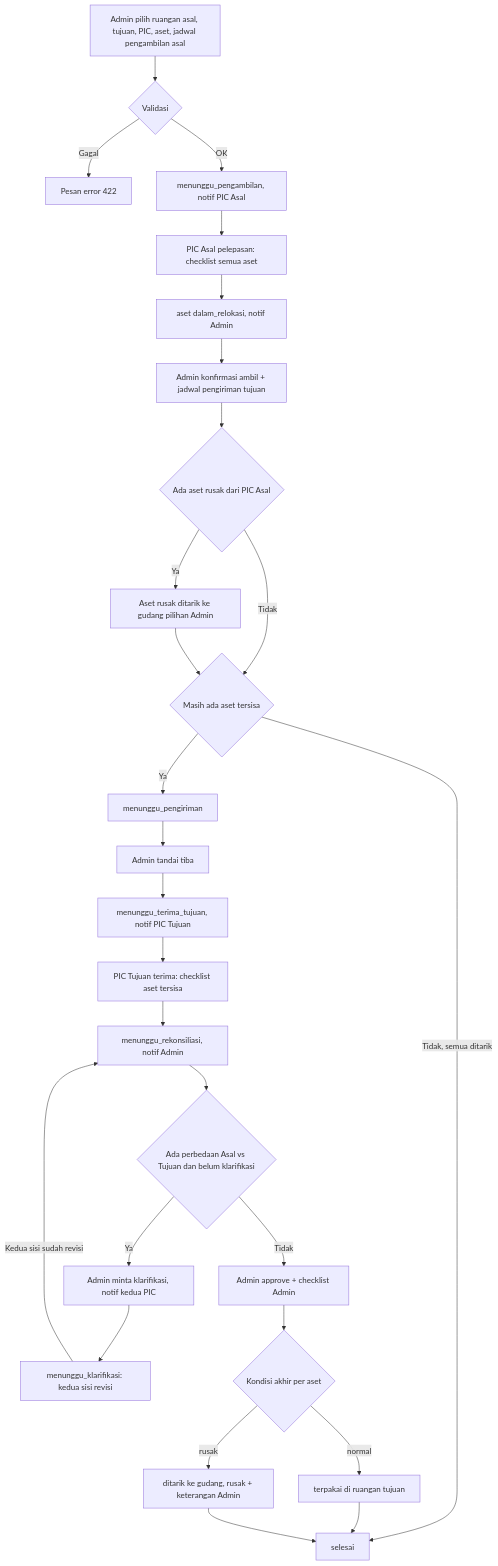
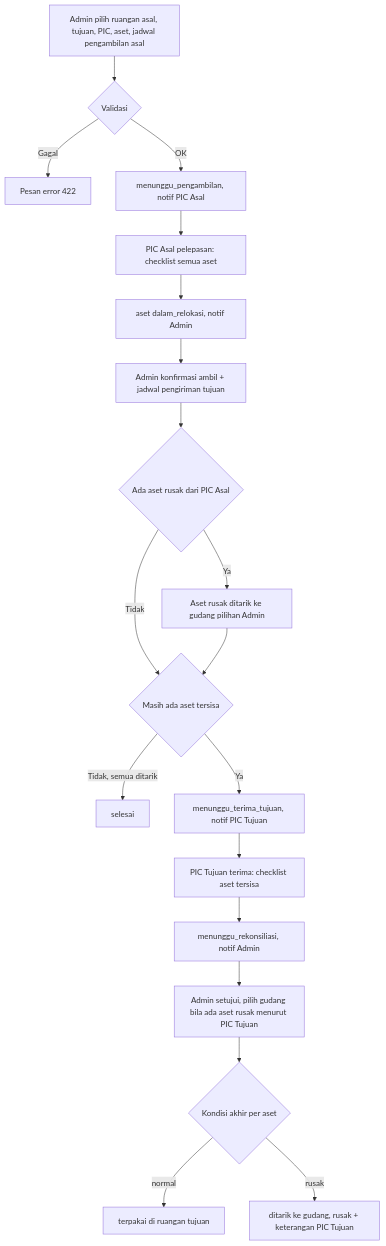
One commit to setiyawan12/DOKUMENTASI-ASSET changed the first of 4 diagrams in dokumentasi-asset-relokasi-ruangan.md. Above: the diagram before and after it, drawn with Mermaid. The commit also changed other lines of this file and 2 other files, not shown here.

````diff
--- a/dokumentasi-asset-relokasi-ruangan.md
+++ b/dokumentasi-asset-relokasi-ruangan.md
@@ -315,29 +293,21 @@
 ```mermaid
 flowchart TD
     A[Admin pilih ruangan asal, tujuan, PIC, aset, jadwal pengambilan asal] --> B{Validasi}
     B -->|Gagal| X[Pesan error 422]
     B -->|OK| C[menunggu_pengambilan, notif PIC Asal]
     C --> D[PIC Asal pelepasan: checklist semua aset]
     D --> E[aset dalam_relokasi, notif Admin]
     E --> F[Admin konfirmasi ambil + jadwal pengiriman tujuan]
     F --> G{Ada aset rusak dari PIC Asal}
     G -->|Ya| H[Aset rusak ditarik ke gudang pilihan Admin]
     G -->|Tidak| I{Masih ada aset tersisa}
     H --> I
     I -->|Tidak, semua ditarik| Z[selesai]
-    I -->|Ya| J[menunggu_pengiriman]
-    J --> K[Admin tandai tiba]
-    K --> L[menunggu_terima_tujuan, notif PIC Tujuan]
-    L --> M[PIC Tujuan terima: checklist aset tersisa]
+    I -->|Ya| J[menunggu_terima_tujuan, notif PIC Tujuan]
+    J --> M[PIC Tujuan terima: checklist aset tersisa]
     M --> N[menunggu_rekonsiliasi, notif Admin]
-    N --> O{Ada perbedaan Asal vs Tujuan dan belum klarifikasi}
-    O -->|Ya| P[Admin minta klarifikasi, notif kedua PIC]
-    P --> Q[menunggu_klarifikasi: kedua sisi revisi]
-    Q -->|Kedua sisi sudah revisi| N
-    O -->|Tidak| R[Admin approve + checklist Admin]
+    N --> R[Admin setujui, pilih gudang bila ada aset rusak menurut PIC Tujuan]
     R --> S{Kondisi akhir per aset}
     S -->|normal| T[terpakai di ruangan tujuan]
-    S -->|rusak| U[ditarik ke gudang, rusak + keterangan Admin]
-    T --> Z
-    U --> Z
+    S -->|rusak| U[ditarik ke gudang, rusak + keterangan PIC Tujuan]
 ```
````
